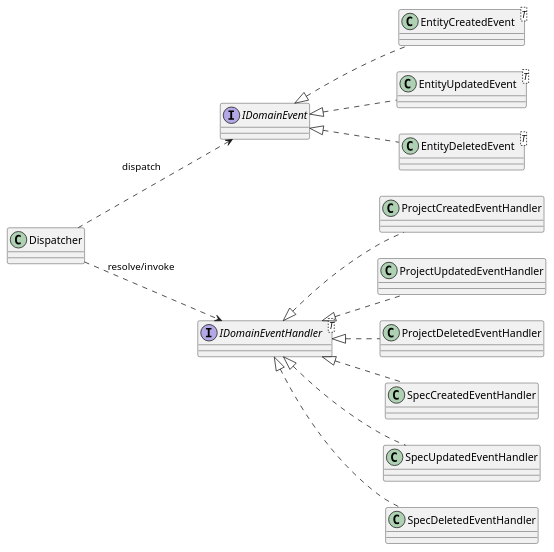
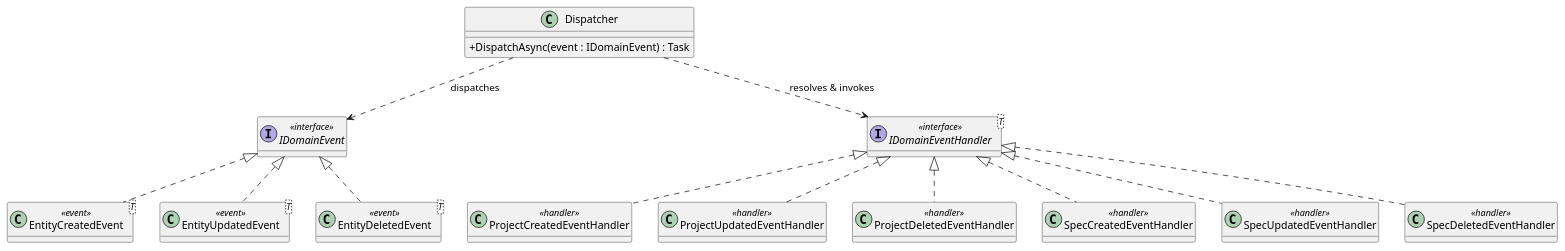
Before and after one commit to tinse-22/GSP26SE43.ModularMonolith: diagram 17 of 28 in docs/architecture/UML_CLASS_DIAGRAM_SOURCE.md, drawn with PlantUML. The commit also changed other lines of this file and 10 other files, not shown here.

````diff
--- a/docs/architecture/UML_CLASS_DIAGRAM_SOURCE.md
+++ b/docs/architecture/UML_CLASS_DIAGRAM_SOURCE.md
@@ -701,33 +1457,39 @@
 ```plantuml
 @startuml
-left to right direction
+skinparam classAttributeIconSize 0
+hide empty methods
 
-interface IDomainEvent
-interface "IDomainEventHandler<T>" as IDomainEventHandlerT
-class "EntityCreatedEvent<T>" as EntityCreatedEventT
-class "EntityUpdatedEvent<T>" as EntityUpdatedEventT
-class "EntityDeletedEvent<T>" as EntityDeletedEventT
-class Dispatcher
+interface IDomainEvent <<interface>>
 
-class ProjectCreatedEventHandler
-class ProjectUpdatedEventHandler
-class ProjectDeletedEventHandler
-class SpecCreatedEventHandler
-class SpecUpdatedEventHandler
-class SpecDeletedEventHandler
+class "EntityCreatedEvent<T>" as EntityCreatedEventT <<event>>
+class "EntityUpdatedEvent<T>" as EntityUpdatedEventT <<event>>
+class "EntityDeletedEvent<T>" as EntityDeletedEventT <<event>>
+
+interface "IDomainEventHandler<T>" as IDomainEventHandlerT <<interface>>
+
+class Dispatcher {
+  + DispatchAsync(event : IDomainEvent) : Task
+}
+
+class ProjectCreatedEventHandler <<handler>>
+class ProjectUpdatedEventHandler <<handler>>
+class ProjectDeletedEventHandler <<handler>>
+class SpecCreatedEventHandler <<handler>>
+class SpecUpdatedEventHandler <<handler>>
+class SpecDeletedEventHandler <<handler>>
 
 IDomainEvent <|.. EntityCreatedEventT
 IDomainEvent <|.. EntityUpdatedEventT
 IDomainEvent <|.. EntityDeletedEventT
 
 IDomainEventHandlerT <|.. ProjectCreatedEventHandler
 IDomainEventHandlerT <|.. ProjectUpdatedEventHandler
 IDomainEventHandlerT <|.. ProjectDeletedEventHandler
 IDomainEventHandlerT <|.. SpecCreatedEventHandler
 IDomainEventHandlerT <|.. SpecUpdatedEventHandler
 IDomainEventHandlerT <|.. SpecDeletedEventHandler
 
-Dispatcher ..> IDomainEvent : dispatch
-Dispatcher ..> IDomainEventHandlerT : resolve/invoke
+Dispatcher ..> IDomainEvent : dispatches
+Dispatcher ..> IDomainEventHandlerT : resolves & invokes
 @enduml
 ```
````
